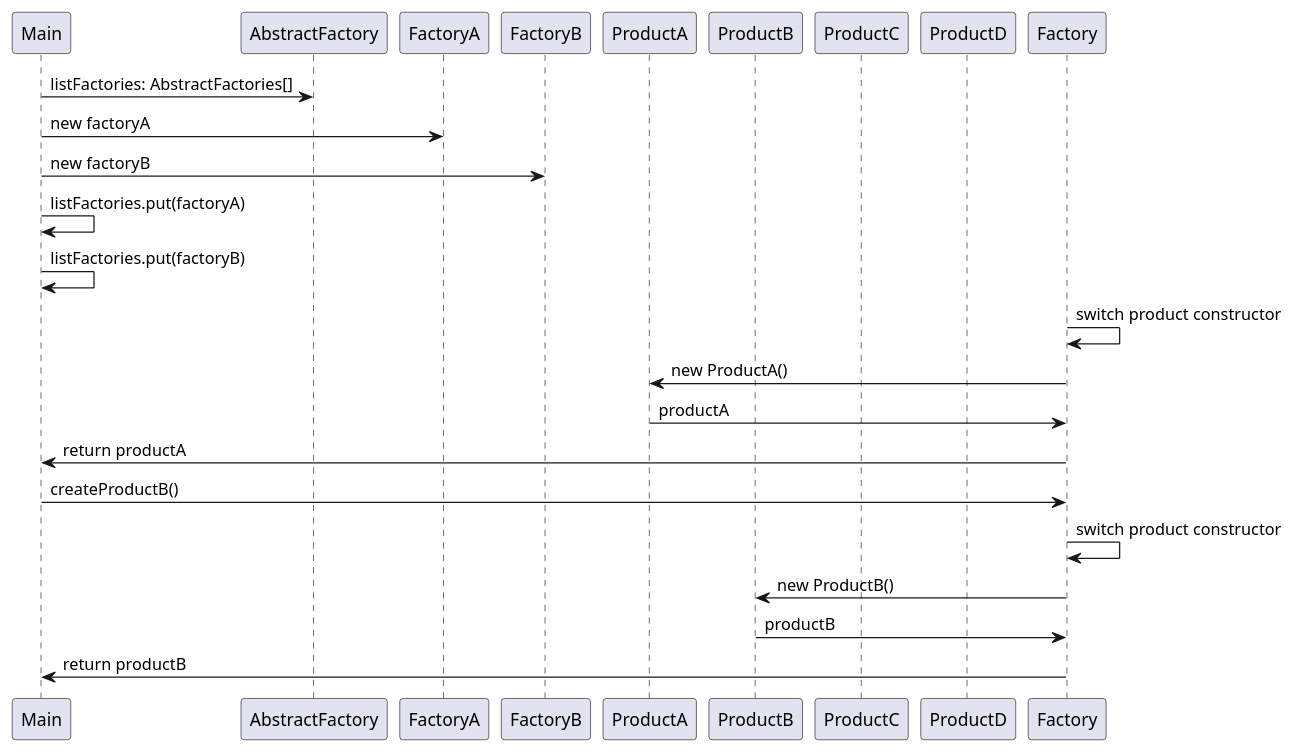
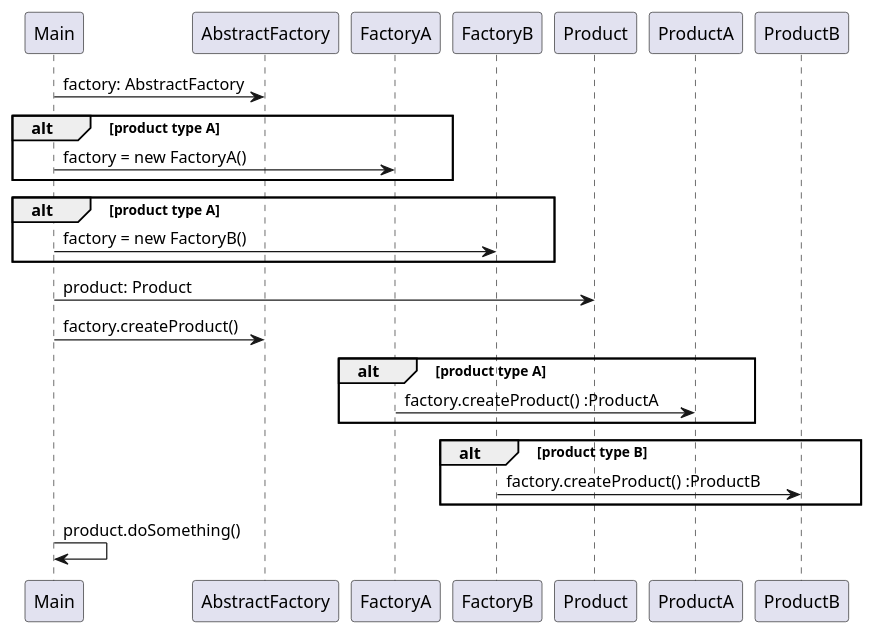
Before and after one commit to eromero-kreatech/clean-code: the diagram in diagrams/design/patterns/secuence/abstract_factory.puml, drawn with PlantUML. The commit also changed 11 other files, not shown here.

```diff
--- a/diagrams/design/patterns/secuence/abstract_factory.puml
+++ b/diagrams/design/patterns/secuence/abstract_factory.puml
@@ -1,33 +1,28 @@
 @startuml "AbstractFactory Pattern"
 
-participant Main /'  '/
 
-participant AbstractFactory /'  '/
-participant FactoryA /'  '/
-participant FactoryB /'  '/
+Main -> AbstractFactory: factory: AbstractFactory
 
-participant ProductA /'  '/
-participant ProductB /'  '/
+alt product type A
+    Main -> FactoryA: factory = new FactoryA()
+end
+
+alt product type A
+    Main -> FactoryB: factory = new FactoryB()
+end
 
 
-participant ProductC /'  '/
-participant ProductD /'  '/
+Main -> Product: product: Product
+Main -> AbstractFactory: factory.createProduct()
 
+alt product type A
+    FactoryA -> ProductA: factory.createProduct() :ProductA
+end
 
-Main -> AbstractFactory: listFactories: AbstractFactories[]
-Main -> FactoryA: new factoryA 
-Main -> FactoryB: new factoryB
-Main -> Main: listFactories.put(factoryA)
-Main -> Main: listFactories.put(factoryB)
-Factory -> Factory: switch product constructor
-Factory -> ProductA: new ProductA()
-ProductA -> Factory: productA
-Factory -> Main: return productA
+alt product type B
+    FactoryB -> ProductB: factory.createProduct() :ProductB
+end
 
-Main -> Factory: createProductB()
-Factory -> Factory: switch product constructor
-Factory -> ProductB: new ProductB()
-ProductB -> Factory: productB
-Factory -> Main: return productB
+Main -> Main: product.doSomething()
 
 @enduml
```
